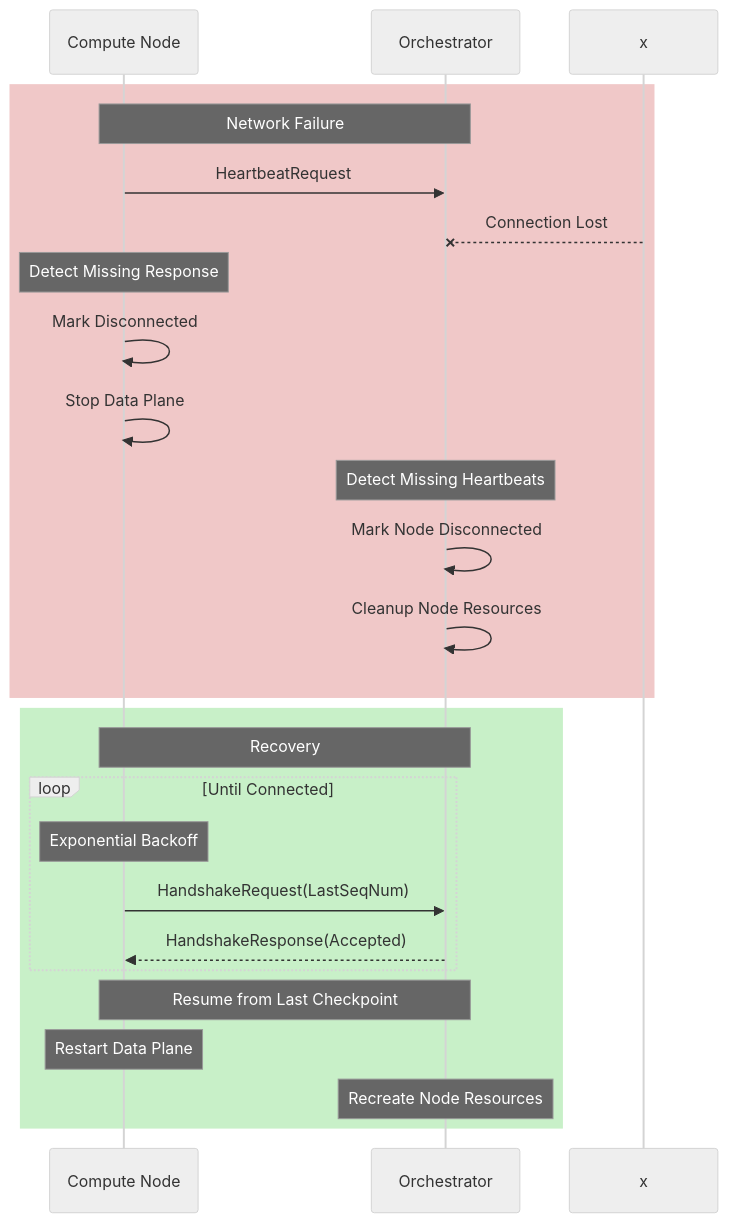
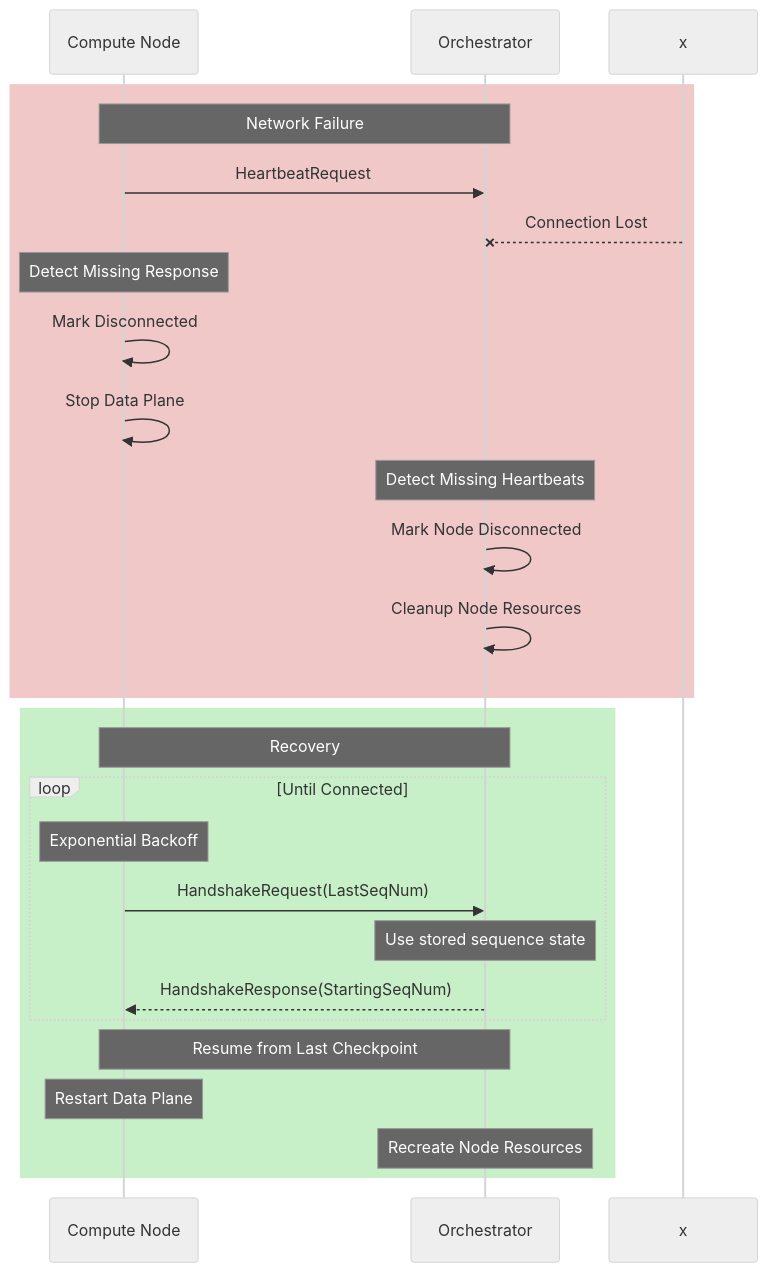
The third of 3 diagrams in pkg/transport/nclprotocol/README.md (bacalhau-project/bacalhau), drawn with Mermaid (neutral theme) before and after one commit. The commit also changed other lines of this file, not shown here.

First line of the commit message:
Update nclprotocol readme with seqNum exchange changes (#4779)

````diff
--- a/pkg/transport/nclprotocol/README.md
+++ b/pkg/transport/nclprotocol/README.md
@@ -262,32 +289,33 @@
 ```mermaid
 sequenceDiagram
     participant C as Compute Node
     participant O as Orchestrator
 
     rect rgb(240, 200, 200)
         Note over C,O: Network Failure
         C->>O: HeartbeatRequest
         x--xO: Connection Lost
         
         Note over C: Detect Missing Response
         C->>C: Mark Disconnected
         C->>C: Stop Data Plane
         
         Note over O: Detect Missing Heartbeats
         O->>O: Mark Node Disconnected
         O->>O: Cleanup Node Resources
     end
 
     rect rgb(200, 240, 200)
         Note over C,O: Recovery
         loop Until Connected
             Note over C: Exponential Backoff
             C->>O: HandshakeRequest(LastSeqNum)
-            O-->>C: HandshakeResponse(Accepted)
+            Note over O: Use stored sequence state
+            O-->>C: HandshakeResponse(StartingSeqNum)
         end
 
         Note over C,O: Resume from Last Checkpoint
         Note over C: Restart Data Plane
         Note over O: Recreate Node Resources
     end
 ```
````
